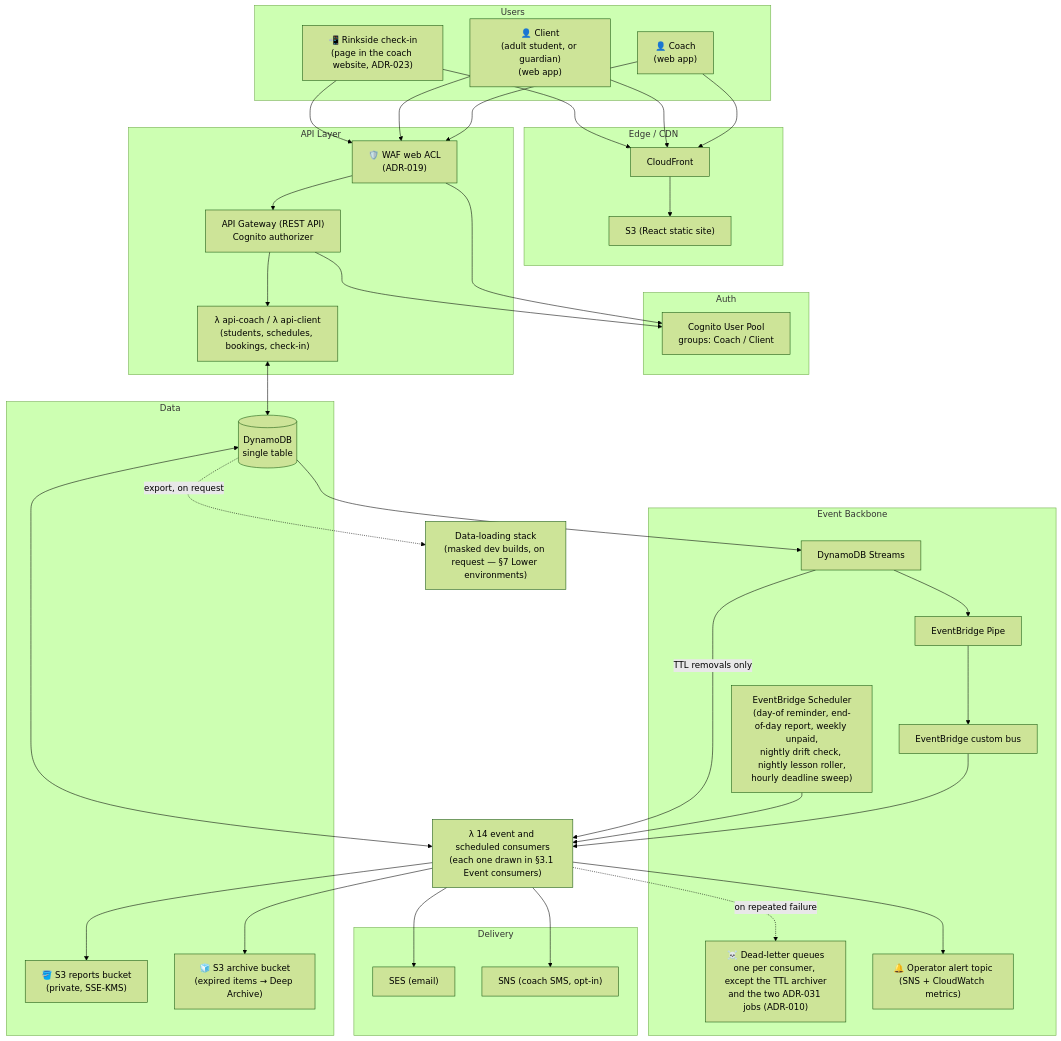
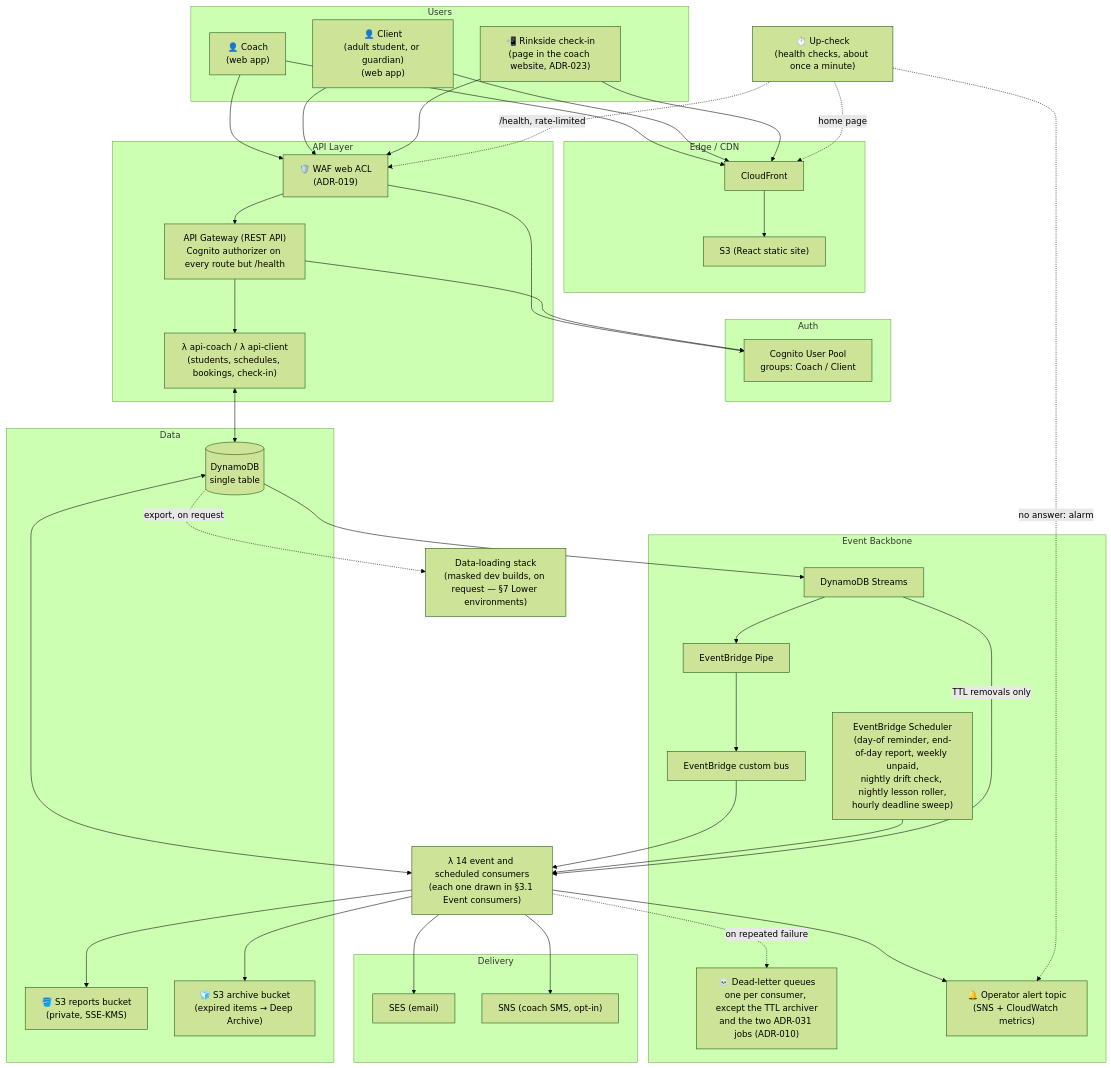
The first of 29 diagrams in docs/architecture.md (jessicamvega6/bladebook), drawn with Mermaid (forest theme) before and after one commit. The commit also changed other lines of this file and 9 other files, not shown here.

First line of the commit message:
Deploy flow: tagged builds, post-deploy check, up-check on the diagrams

````diff
--- a/docs/architecture.md
+++ b/docs/architecture.md
@@ -82,71 +82,77 @@
 ```mermaid
 flowchart TB
     subgraph Users
         Coach["👤 Coach<br/>(web app)"]
         Client["👤 Client<br/>(adult student, or guardian)<br/>(web app)"]
         CheckIn["📲 Rinkside check-in<br/>(page in the coach website, ADR-023)"]
     end
 
     subgraph Edge["Edge / CDN"]
         CF["CloudFront"]
         S3["S3 (React static site)"]
     end
 
     subgraph Auth
         Cognito["Cognito User Pool<br/>groups: Coach / Client"]
     end
 
     subgraph API["API Layer"]
         WAF["🛡️ WAF web ACL<br/>(ADR-019)"]
-        APIGW["API Gateway (REST API)<br/>Cognito authorizer"]
+        APIGW["API Gateway (REST API)<br/>Cognito authorizer on every route but /health"]
         L_Api["λ api-coach / λ api-client<br/>(students, schedules, bookings, check-in)"]
     end
 
     subgraph Events["Event Backbone"]
         Stream["DynamoDB Streams"]
         Pipe["EventBridge Pipe"]
         Bus["EventBridge custom bus"]
         Sched["EventBridge Scheduler<br/>(day-of reminder, end-of-day report, weekly unpaid,<br/>nightly drift check, nightly lesson roller,<br/>hourly deadline sweep)"]
         DLQ["☠️ Dead-letter queues<br/>one per consumer, except the TTL archiver<br/>and the two ADR-031 jobs (ADR-010)"]
         Alerts["🔔 Operator alert topic<br/>(SNS + CloudWatch metrics)"]
     end
+
+    UpCheck["⏱️ Up-check<br/>(health checks, about once a minute)"]
 
     Consumers["λ 14 event and scheduled consumers<br/>(each one drawn in §3.1 Event consumers)"]
 
     subgraph Data
         DDB[("DynamoDB<br/>single table")]
         Reports["🪣 S3 reports bucket<br/>(private, SSE-KMS)"]
         Archive["🧊 S3 archive bucket<br/>(expired items → Deep Archive)"]
     end
 
     DataLoadRef["Data-loading stack<br/>(masked dev builds, on request — §7 Lower environments)"]
 
     subgraph Notify["Delivery"]
         SES["SES (email)"]
         SNS["SNS (coach SMS, opt-in)"]
     end
 
     Coach --> CF
     Client --> CF
     CheckIn --> CF
     CF --> S3
     Coach & Client & CheckIn --> WAF
     WAF --> Cognito
     WAF --> APIGW
     APIGW --> Cognito
     APIGW --> L_Api
     L_Api <--> DDB
 
     DDB --> Stream --> Pipe --> Bus
     Bus --> Consumers
     Sched --> Consumers
     Stream -->|TTL removals only| Consumers
     Consumers <--> DDB
     Consumers --> SES & SNS
     Consumers --> Reports
     Consumers --> Archive
     Consumers --> Alerts
     Consumers -.->|on repeated failure| DLQ
 
     DDB -.->|export, on request| DataLoadRef
+
+    UpCheck -.->|home page| CF
+    UpCheck -.->|/health, rate-limited| WAF
+    UpCheck -.->|no answer: alarm| Alerts
 ```
````
